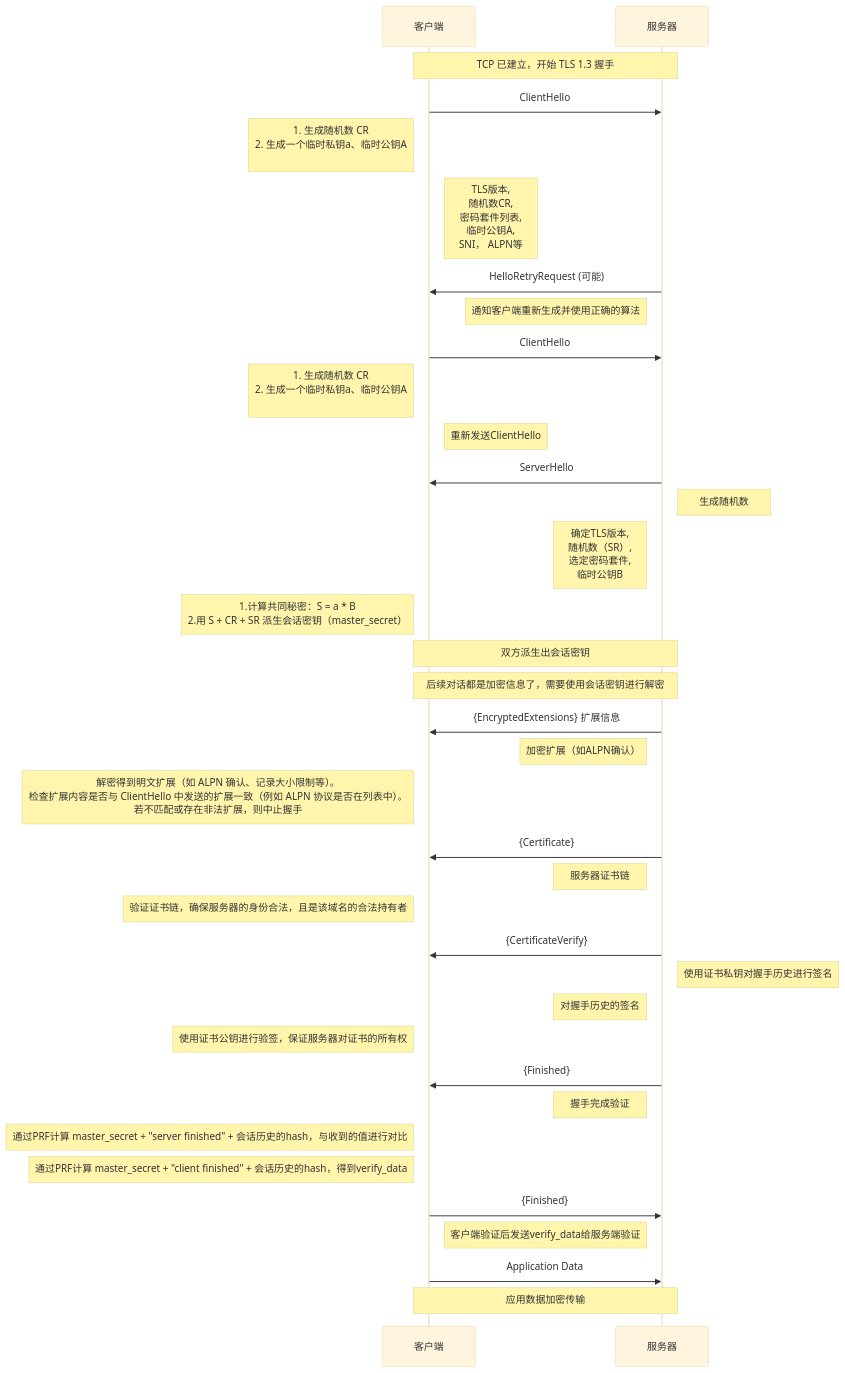
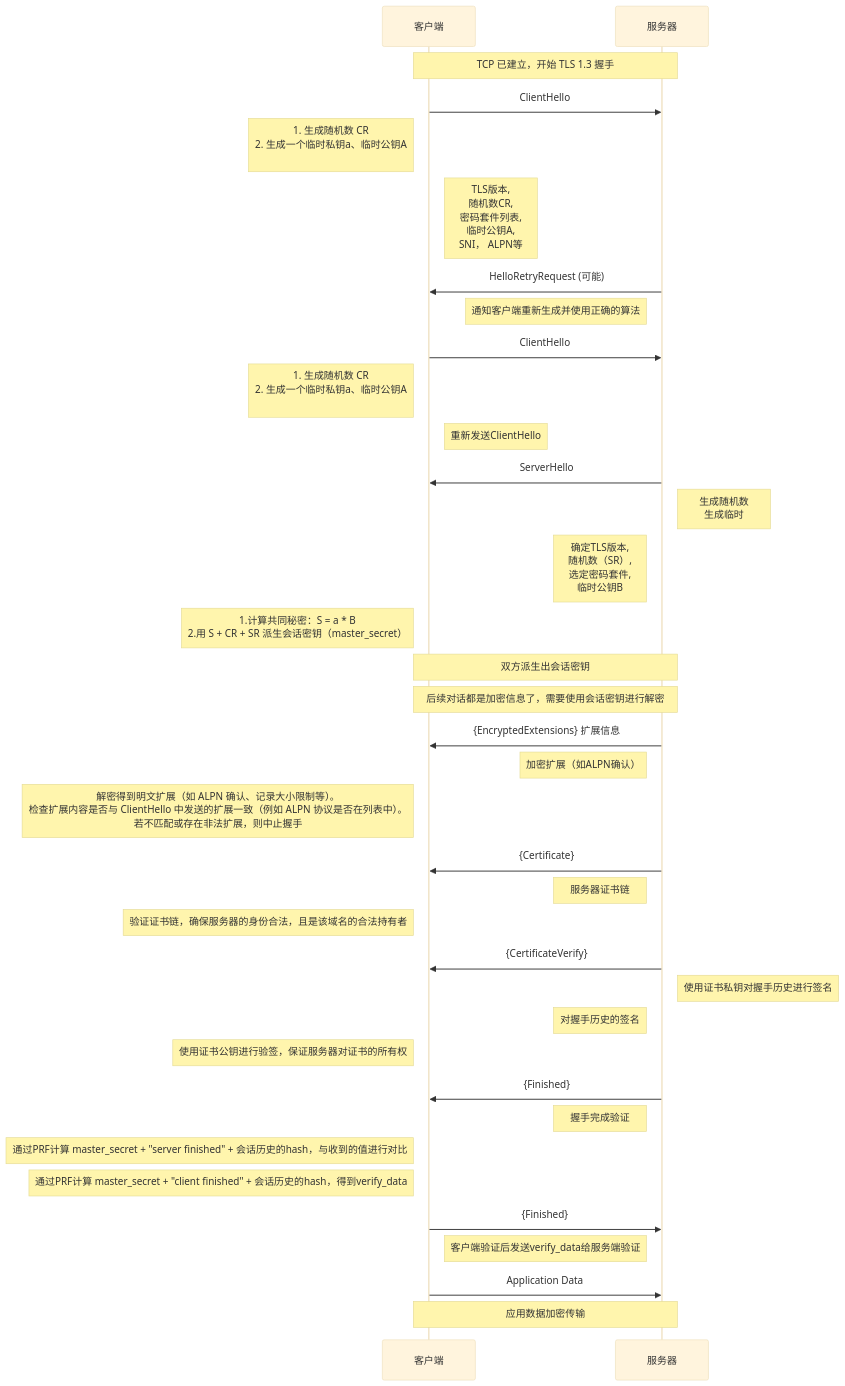
The diagram in all/TLS-1.3-通用（全）.md (HY-10-8/iodraw-files), drawn with Mermaid (base theme) before and after one commit.

Commit message:
2026-03-31 10:19:47 update

````diff
--- a/all/TLS-1.3-通用（全）.md
+++ b/all/TLS-1.3-通用（全）.md
@@ -1,50 +1,50 @@
 ```mermaid
 sequenceDiagram
     participant C as 客户端
     participant S as 服务器
 
     Note over C,S: TCP 已建立，开始 TLS 1.3 握手
 
     C->>S: ClientHello
     Note left of C: 1. 生成随机数 CR<br/> 2. 生成一个临时私钥a、临时公钥A<br/>
     Note right of C: TLS版本,<br/> 随机数CR,<br/> 密码套件列表,<br/> 临时公钥A,<br/> SNI， ALPN等
 
     S->>C: HelloRetryRequest (可能)
     Note left of S: 通知客户端重新生成并使用正确的算法
 
     C->>S: ClientHello
     Note left of C: 1. 生成随机数 CR<br/> 2. 生成一个临时私钥a、临时公钥A<br/>
     Note right of C: 重新发送ClientHello
 
     S->>C: ServerHello
-    Note right of S: 生成随机数
+    Note right of S: 生成随机数<br/> 生成临时
     Note left of S: 确定TLS版本, <br/>随机数（SR）,<br/> 选定密码套件, <br/>临时公钥B
     Note left of C: 1.计算共同秘密：S = a * B<br/> 2.用 S + CR + SR 派生会话密钥（master_secret）
 
     Note over C,S: 双方派生出会话密钥
     Note over C,S: 后续对话都是加密信息了，需要使用会话密钥进行解密
 
     S->>C: {EncryptedExtensions} 扩展信息
     Note left of S: 加密扩展（如ALPN确认）
     Note left of C: 解密得到明文扩展（如 ALPN 确认、记录大小限制等）。<br/>检查扩展内容是否与 ClientHello 中发送的扩展一致（例如 ALPN 协议是否在列表中）。<br/> 若不匹配或存在非法扩展，则中止握手
 
     S->>C: {Certificate}
     Note left of S: 服务器证书链
     Note left of C: 验证证书链，确保服务器的身份合法，且是该域名的合法持有者
 
     S->>C: {CertificateVerify}
     Note right of S: 使用证书私钥对握手历史进行签名
     Note left of S: 对握手历史的签名
     Note left of C: 使用证书公钥进行验签，保证服务器对证书的所有权
 
     S->>C: {Finished}
     Note left of S: 握手完成验证
     Note left of C: 通过PRF计算 master_secret + "server finished" + 会话历史的hash，与收到的值进行对比
     Note left of C: 通过PRF计算 master_secret + "client finished" + 会话历史的hash，得到verify_data
 
     C->>S: {Finished}
     Note right of C: 客户端验证后发送verify_data给服务端验证
 
     C->>S: Application Data
     Note over C,S: 应用数据加密传输
 ```
````
